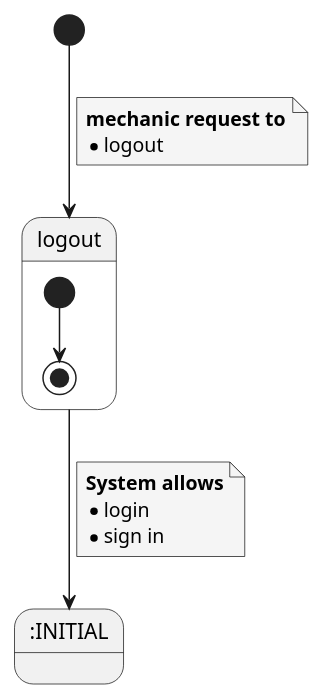
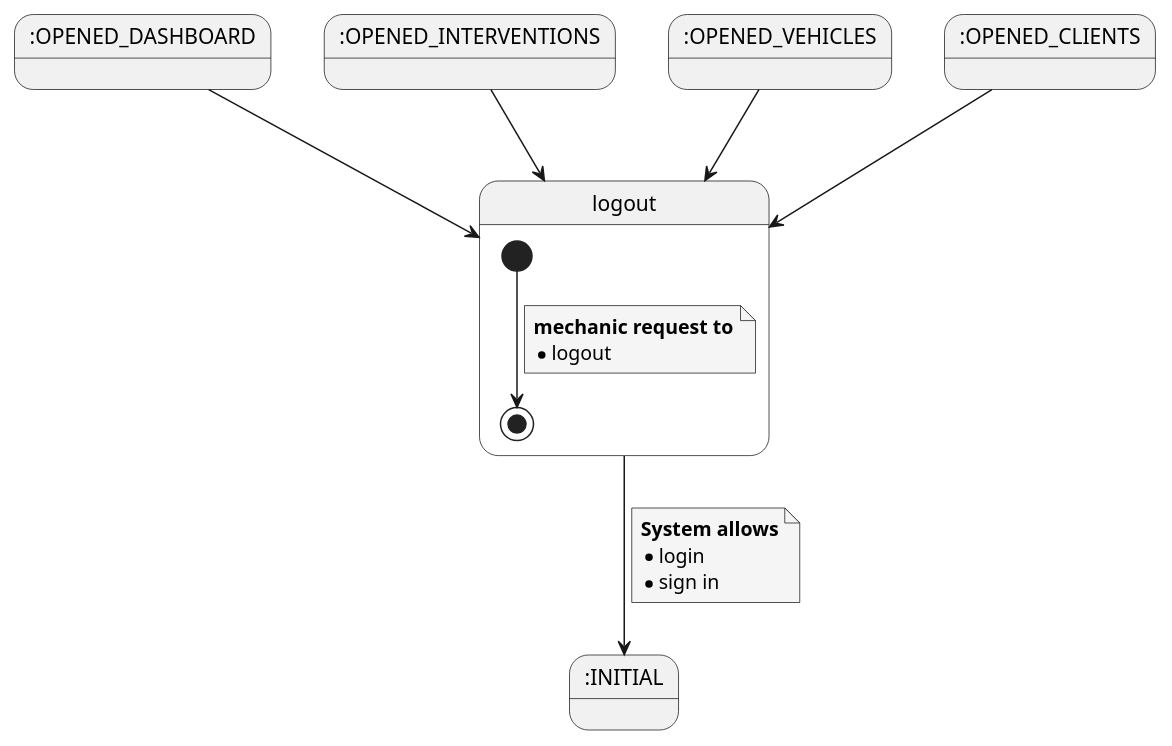
Before and after one commit to Ruskab/agrimManager: the diagram in documentation/1requiremets/usecases_specification/puml/logout.puml, drawn with PlantUML. The commit also changed 13 other files, not shown here.

```diff
--- a/documentation/1requiremets/usecases_specification/puml/logout.puml
+++ b/documentation/1requiremets/usecases_specification/puml/logout.puml
@@ -1,29 +1,35 @@
 @startuml
 
 skinparam {
     NoteBackgroundColor #whiteSmoke
 }
 
 state initial as ":INITIAL"
 
-[*] --> logout
-note on link
-<b>mechanic request to</b>
-* logout
-end note
+state start1 as ":OPENED_DASHBOARD"
+state start2 as ":OPENED_INTERVENTIONS"
+state start3 as ":OPENED_VEHICLES"
+state start4 as ":OPENED_CLIENTS"
+
+start1 --> logout
+start2 --> logout
+start3 --> logout
+start4 --> logout
 
 state logout {
-
 [*] --> [*]
-
+    note on link
+    <b>mechanic request to</b>
+    * logout
+    end note
 }
 logout --> initial
 note on link
     <b>System allows</b>
     * login
     * sign in
 end note
 
 
 
 @enduml
```
